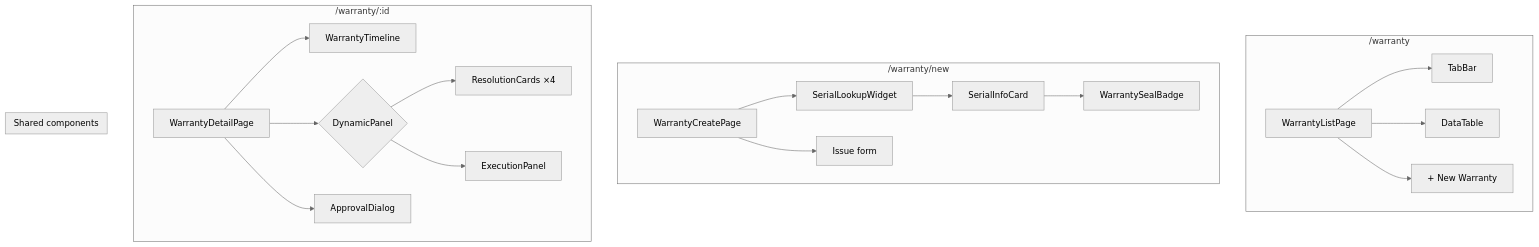
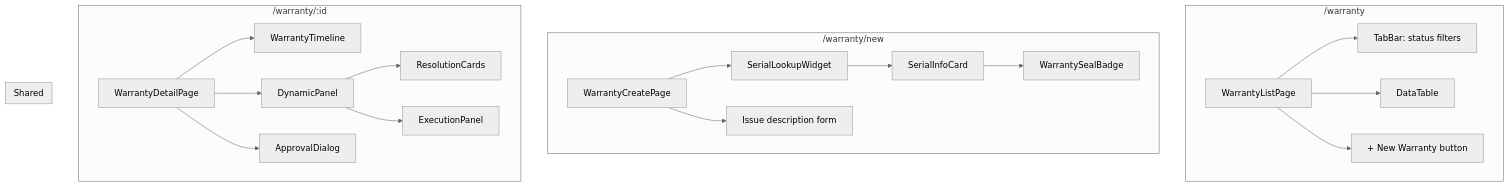
Before and after one commit to Java-Inventory-Management-System/Projects: the third of 3 diagrams in docs/flows/fe/07-warranty-flow.md, drawn with Mermaid (neutral theme). The commit also changed other lines of this file and 3 other files, not shown here.

Commit message:
docs: reorganise FE mermaid diagrams — clean subgraph layout, fix cross-references

````diff
--- a/docs/flows/fe/07-warranty-flow.md
+++ b/docs/flows/fe/07-warranty-flow.md
@@ -121,30 +130,33 @@
 ```mermaid
 graph TD
     subgraph "/warranty"
-        WL[WarrantyListPage] --> TB[TabBar]
+        WL[WarrantyListPage]
+        WL --> TB[TabBar: status filters]
         WL --> DT[DataTable]
-        WL --> BTN[+ New Warranty]
+        WL --> BTN["+ New Warranty button"]
     end
 
     subgraph "/warranty/new"
-        WC[WarrantyCreatePage] --> SLW[SerialLookupWidget]
+        WC[WarrantyCreatePage]
+        WC --> SLW[SerialLookupWidget]
         SLW --> SIC[SerialInfoCard]
         SIC --> WSB[WarrantySealBadge]
-        WC --> FORM[Issue form]
+        WC --> FORM[Issue description form]
     end
 
     subgraph "/warranty/:id"
-        WD[WarrantyDetailPage] --> WT[WarrantyTimeline]
-        WD --> PANEL{DynamicPanel}
-        PANEL --> RC[ResolutionCards ×4]
-        PANEL --> EP[ExecutionPanel]
+        WD[WarrantyDetailPage]
+        WD --> WT[WarrantyTimeline]
+        WD --> PAN[DynamicPanel]
+        PAN --> RC[ResolutionCards]
+        PAN --> EP[ExecutionPanel]
         WD --> AP[ApprovalDialog]
     end
 
-    subgraph "Shared components"
+    subgraph "Shared"
         WSB
         WT
         RC
         SIC
     end
 ```
````
